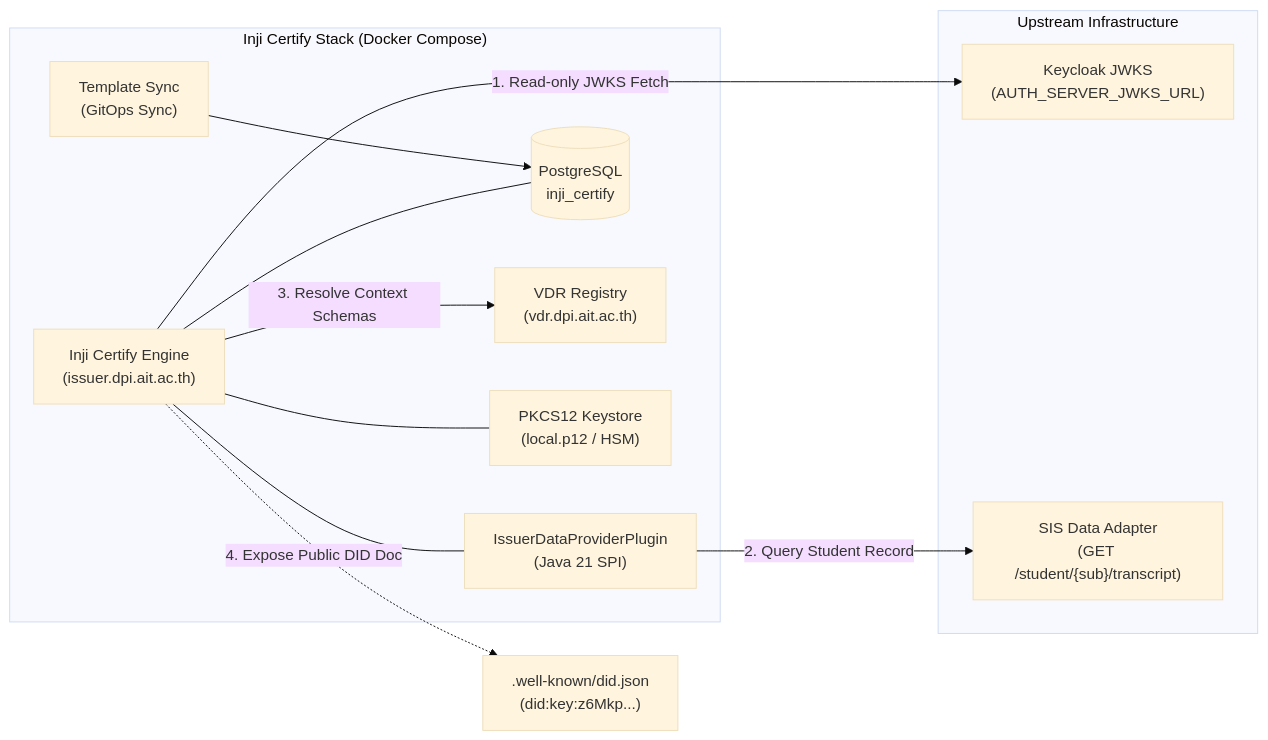
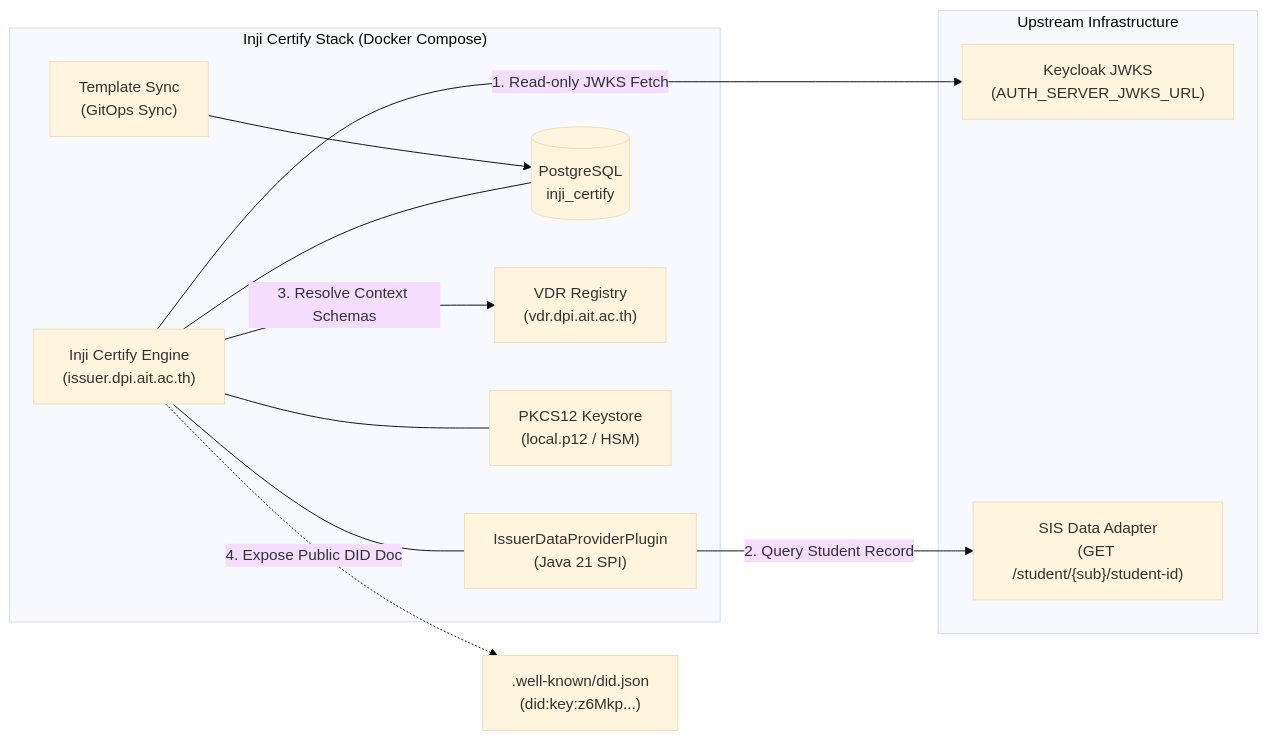
Before and after one commit to mosip-asia/ait-issuer-platform: the diagram in docs/guides/day-0-certify.md, drawn with Mermaid (base theme). The commit also changed other lines of this file and 3 other files, not shown here.

````diff
--- a/docs/guides/day-0-certify.md
+++ b/docs/guides/day-0-certify.md
@@ -19,25 +19,25 @@
 ```mermaid
 flowchart LR
     subgraph CertifyStack["Inji Certify Stack (Docker Compose)"]
         Certify["Inji Certify Engine<br>(issuer.dpi.ait.ac.th)"]
         Plugin["IssuerDataProviderPlugin<br>(Java 21 SPI)"]
         DB[(PostgreSQL<br>inji_certify)]
         Sync["Template Sync<br>(GitOps Sync)"]
         VDR["VDR Registry<br>(vdr.dpi.ait.ac.th)"]
         Keystore["PKCS12 Keystore<br>(local.p12 / HSM)"]
         Certify --- Plugin
         Certify --- DB
         Certify --- Keystore
         Sync --> DB
     end
 
     subgraph Upstream["Upstream Infrastructure"]
         JWKS["Keycloak JWKS<br>(AUTH_SERVER_JWKS_URL)"]
-        Adapter["SIS Data Adapter<br>(GET /student/{sub}/transcript)"]
+        Adapter["SIS Data Adapter<br>(GET /student/{sub}/student-id)"]
     end
 
     Certify -->|"1. Read-only JWKS Fetch"| JWKS
     Plugin -->|"2. Query Student Record"| Adapter
     Certify -->|"3. Resolve Context Schemas"| VDR
     Certify -.->|"4. Expose Public DID Doc"| DID[".well-known/did.json<br>(did:key:z6Mkp...)"]
 ```
````
